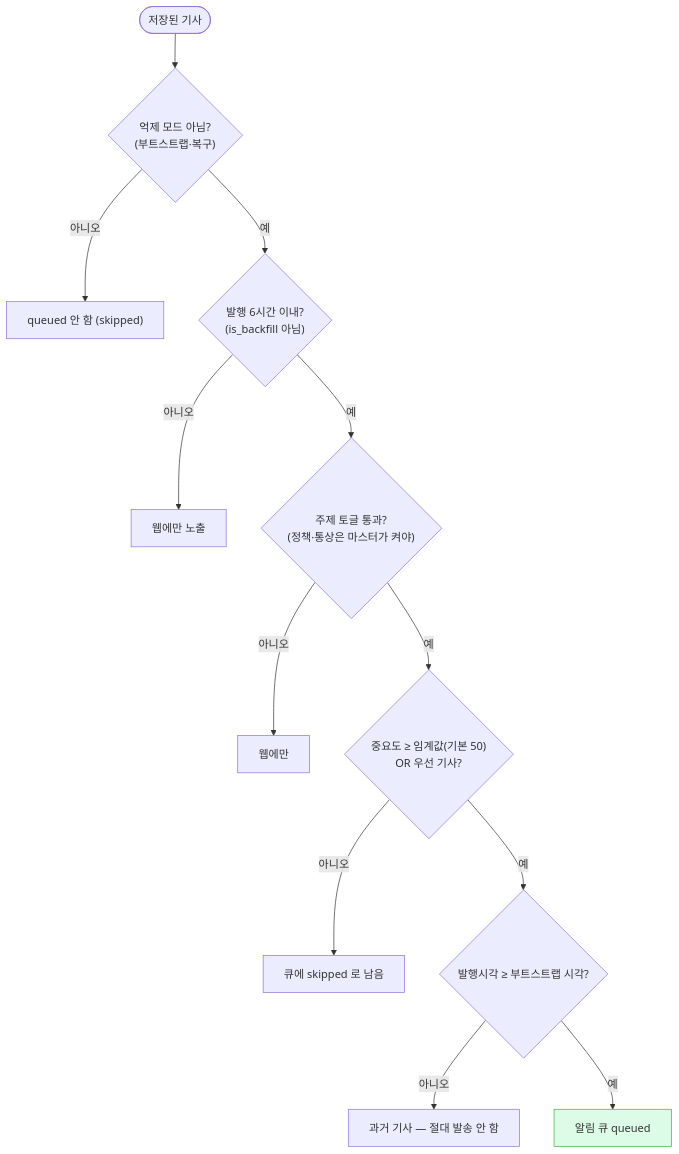
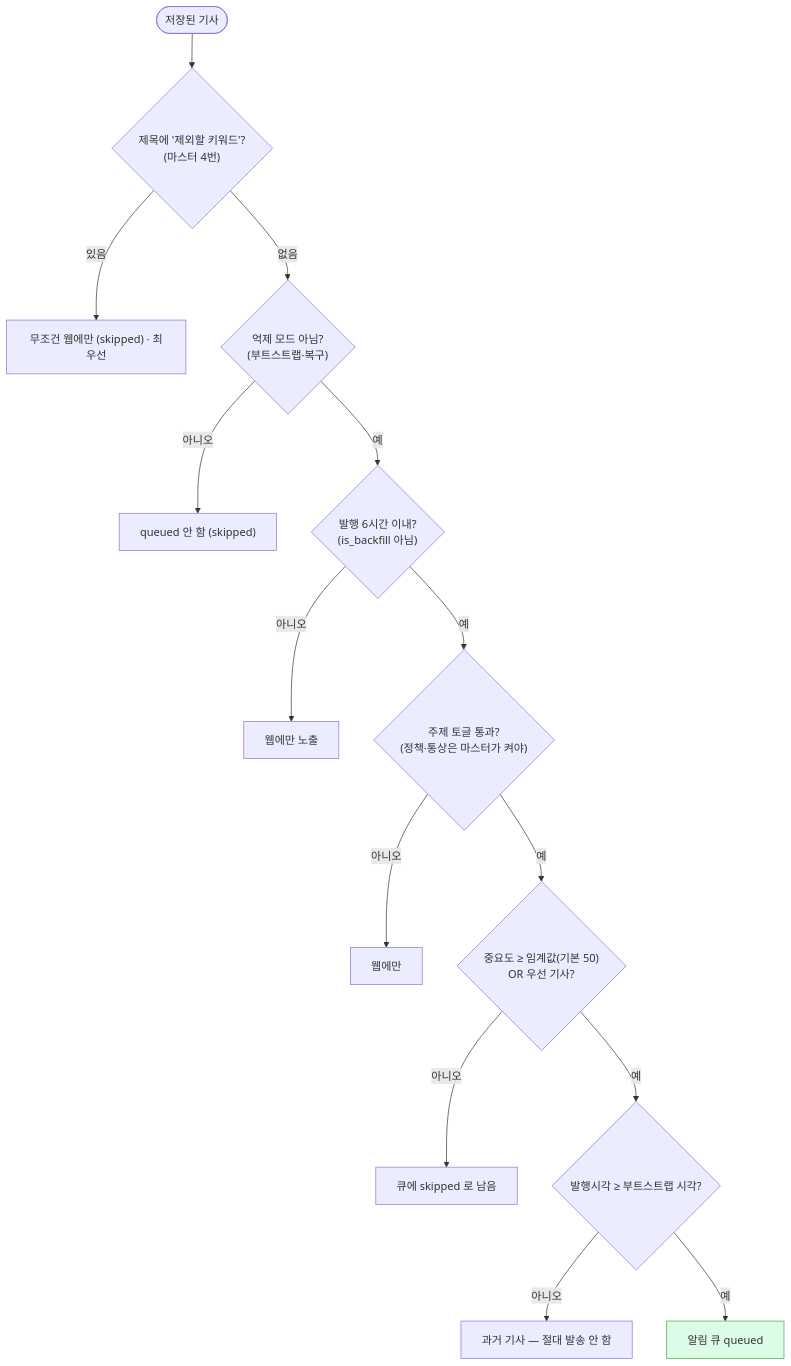
One commit to taehyun108/P-FM_NEWS changed the third of 7 diagrams in docs/FLOW.md. Above: the diagram before and after it, drawn with Mermaid. The commit also changed other lines of this file and 7 other files, not shown here.

First line of the commit message:
feat(notify): 예외 규칙 재정비 — '무조건 발송 점수' 제거, '제외할 키워드' 추가

````diff
--- a/docs/FLOW.md
+++ b/docs/FLOW.md
@@ -82,17 +84,19 @@
 ```mermaid
 flowchart TB
-    A(["저장된 기사"]) --> B{"억제 모드 아님?\n(부트스트랩·복구)"}
+    A(["저장된 기사"]) --> X{"제목에 '제외할 키워드'?\n(마스터 4번)"}
+    X -->|있음| SKIP0["무조건 웹에만 (skipped) · 최우선"]
+    X -->|없음| B{"억제 모드 아님?\n(부트스트랩·복구)"}
     B -->|아니오| SKIP1["queued 안 함 (skipped)"]
     B -->|예| C{"발행 6시간 이내?\n(is_backfill 아님)"}
     C -->|아니오| SKIP2["웹에만 노출"]
     C -->|예| D{"주제 토글 통과?\n(정책·통상은 마스터가 켜야)"}
     D -->|아니오| SKIP3["웹에만"]
     D -->|예| E{"중요도 ≥ 임계값(기본 50)\nOR 우선 기사?"}
     E -->|아니오| SKIP4["큐에 skipped 로 남음"]
     E -->|예| F{"발행시각 ≥ 부트스트랩 시각?"}
     F -->|아니오| SKIP5["과거 기사 — 절대 발송 안 함"]
     F -->|예| Q["알림 큐 queued"]
 
     classDef q fill:#dcfce7,stroke:#4a4
     class Q q
 ```
````
